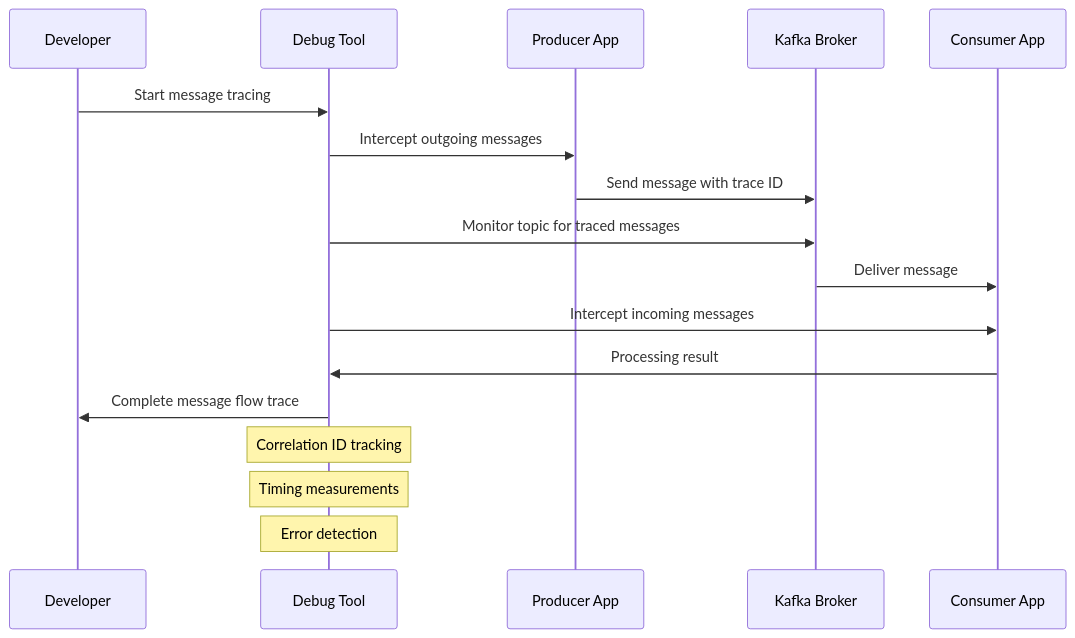
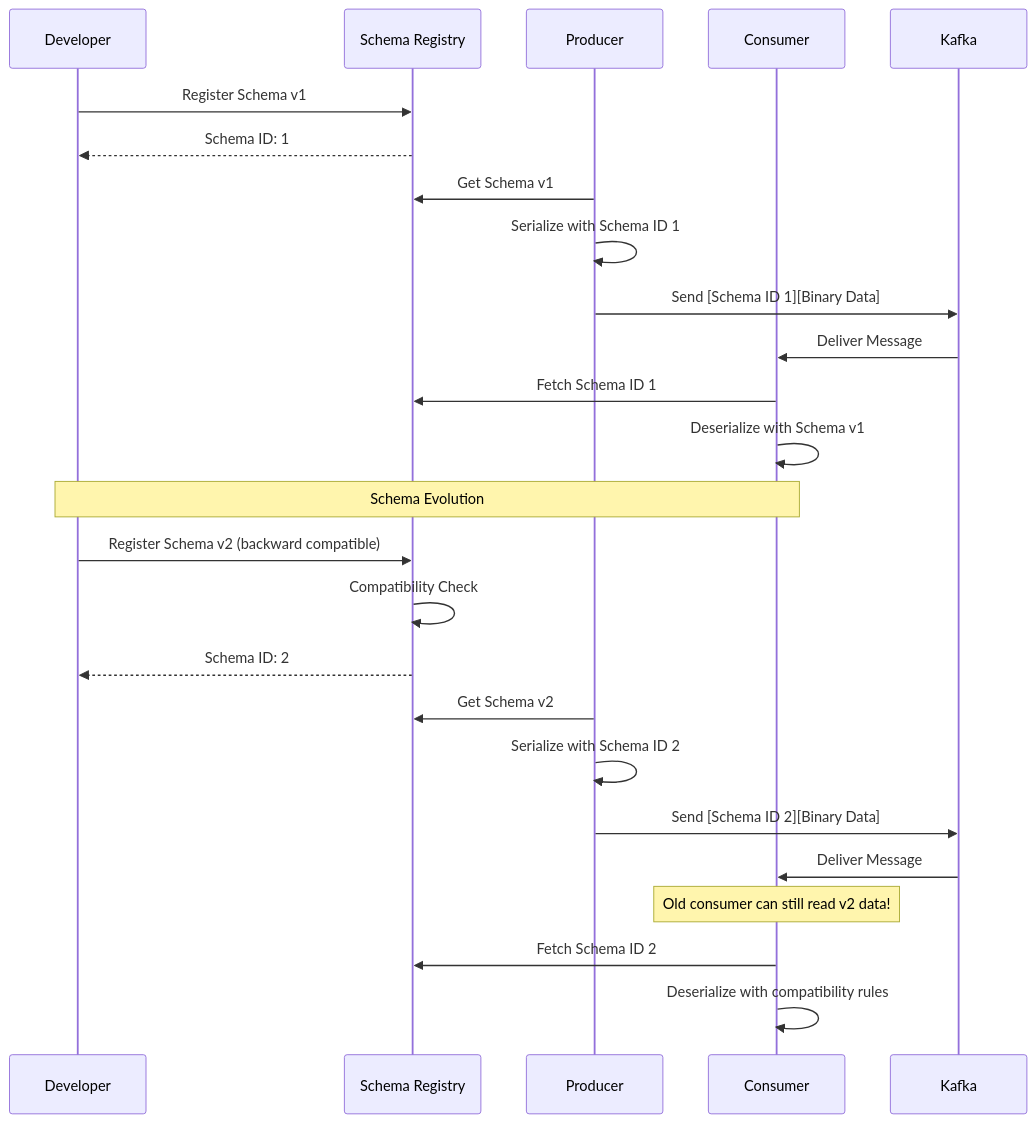
The second of 6 diagrams in class/workshop/lesson_6/README.md (vorrawut/KafkaStarter), drawn with Mermaid before and after one commit. The commit also changed other lines of this file and 204 other files, not shown here.

````diff
--- a/class/workshop/lesson_6/README.md
+++ b/class/workshop/lesson_6/README.md
@@ -249,21 +71,32 @@
 ```mermaid
 sequenceDiagram
     participant Dev as Developer
-    participant Debug as Debug Tool
-    participant Producer as Producer App
-    participant Kafka as Kafka Broker
-    participant Consumer as Consumer App
+    participant SR as Schema Registry
+    participant PROD as Producer
+    participant CONS as Consumer
     
-    Dev->>Debug: Start message tracing
-    Debug->>Producer: Intercept outgoing messages
-    Producer->>Kafka: Send message with trace ID
-    Debug->>Kafka: Monitor topic for traced messages
-    Kafka->>Consumer: Deliver message
-    Debug->>Consumer: Intercept incoming messages
-    Consumer->>Debug: Processing result
-    Debug->>Dev: Complete message flow trace
+    Dev->>SR: Register Schema v1
+    SR-->>Dev: Schema ID: 1
     
-    Note over Debug: Correlation ID tracking
-    Note over Debug: Timing measurements
-    Note over Debug: Error detection
+    PROD->>SR: Get Schema v1
+    PROD->>PROD: Serialize with Schema ID 1
+    PROD->>Kafka: Send [Schema ID 1][Binary Data]
+    
+    Kafka->>CONS: Deliver Message
+    CONS->>SR: Fetch Schema ID 1
+    CONS->>CONS: Deserialize with Schema v1
+    
+    Note over Dev,CONS: Schema Evolution
+    Dev->>SR: Register Schema v2 (backward compatible)
+    SR->>SR: Compatibility Check
+    SR-->>Dev: Schema ID: 2
+    
+    PROD->>SR: Get Schema v2
+    PROD->>PROD: Serialize with Schema ID 2
+    PROD->>Kafka: Send [Schema ID 2][Binary Data]
+    
+    Kafka->>CONS: Deliver Message
+    Note over CONS: Old consumer can still read v2 data!
+    CONS->>SR: Fetch Schema ID 2
+    CONS->>CONS: Deserialize with compatibility rules
 ```
````
